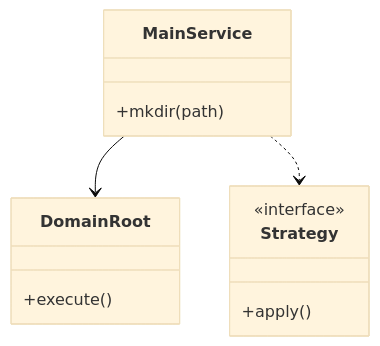
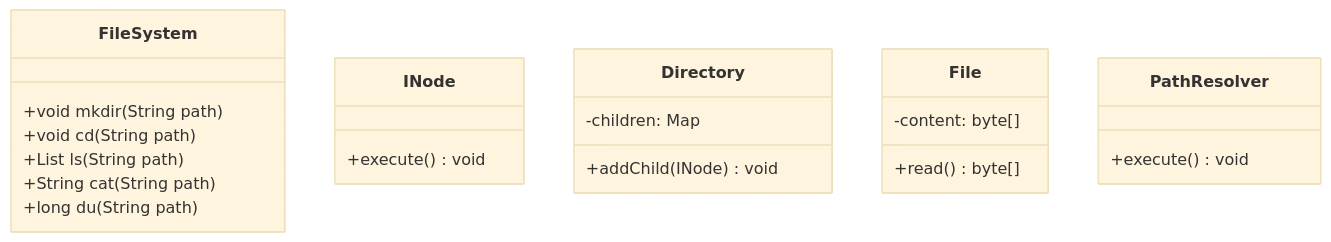
One commit to madhupaila/Interview-Prep-SSE changed the first of 3 diagrams in Learn/System Design - Low Level Design/02-classic-ood/questions/Q17-in-memory-file-system.md. Above: the diagram before and after it, drawn with Mermaid (base theme). The commit also changed other lines of this file and 491 other files, not shown here.

````diff
--- a/Learn/System Design - Low Level Design/02-classic-ood/questions/Q17-in-memory-file-system.md
+++ b/Learn/System Design - Low Level Design/02-classic-ood/questions/Q17-in-memory-file-system.md
@@ -74,15 +91,24 @@
 ```mermaid
 classDiagram
-    class MainService {
-        +mkdir(path)
+    class FileSystem {
+        +void mkdir(String path)
+        +void cd(String path)
+        +List<String> ls(String path)
+        +String cat(String path)
+        +long du(String path)
     }
-    class DomainRoot {
-        +execute()
+    class INode {
+        +execute() void
     }
-    class Strategy {
-        <<interface>>
-        +apply()
+    class Directory {
+        -children: Map
+        +addChild(INode) void
     }
-    MainService --> DomainRoot
-    MainService ..> Strategy
+    class File {
+        -content: byte[]
+        +read() byte[]
+    }
+    class PathResolver {
+        +execute() void
+    }
 ```
````
